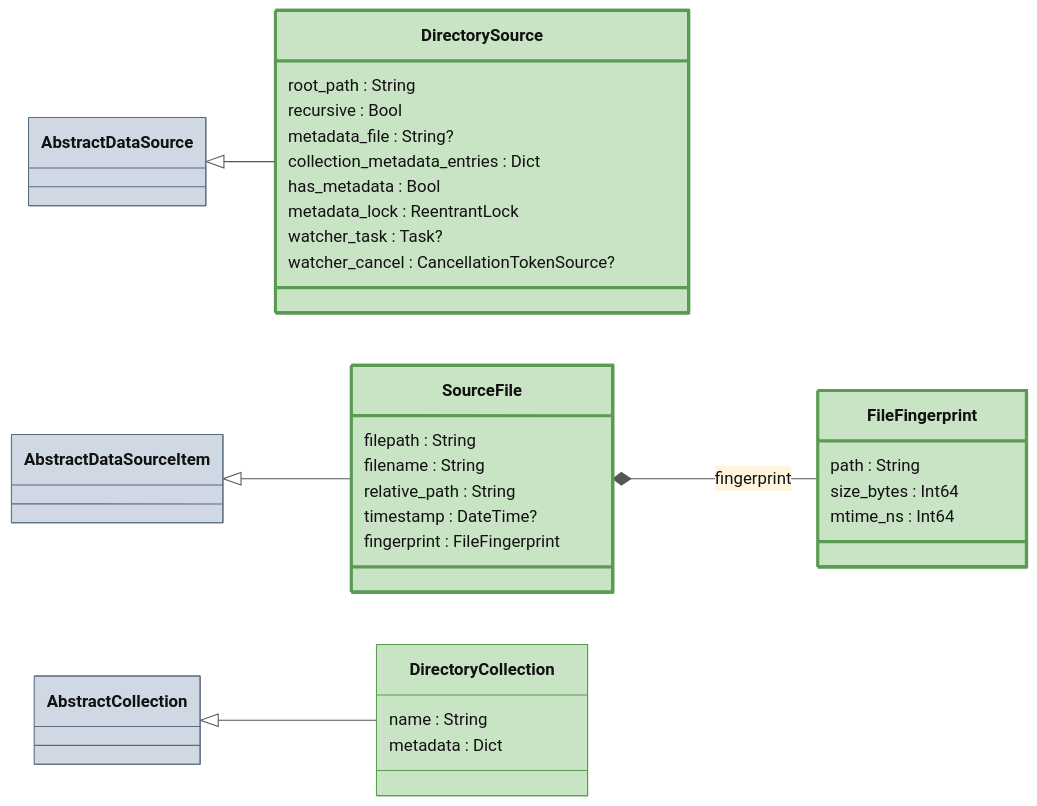
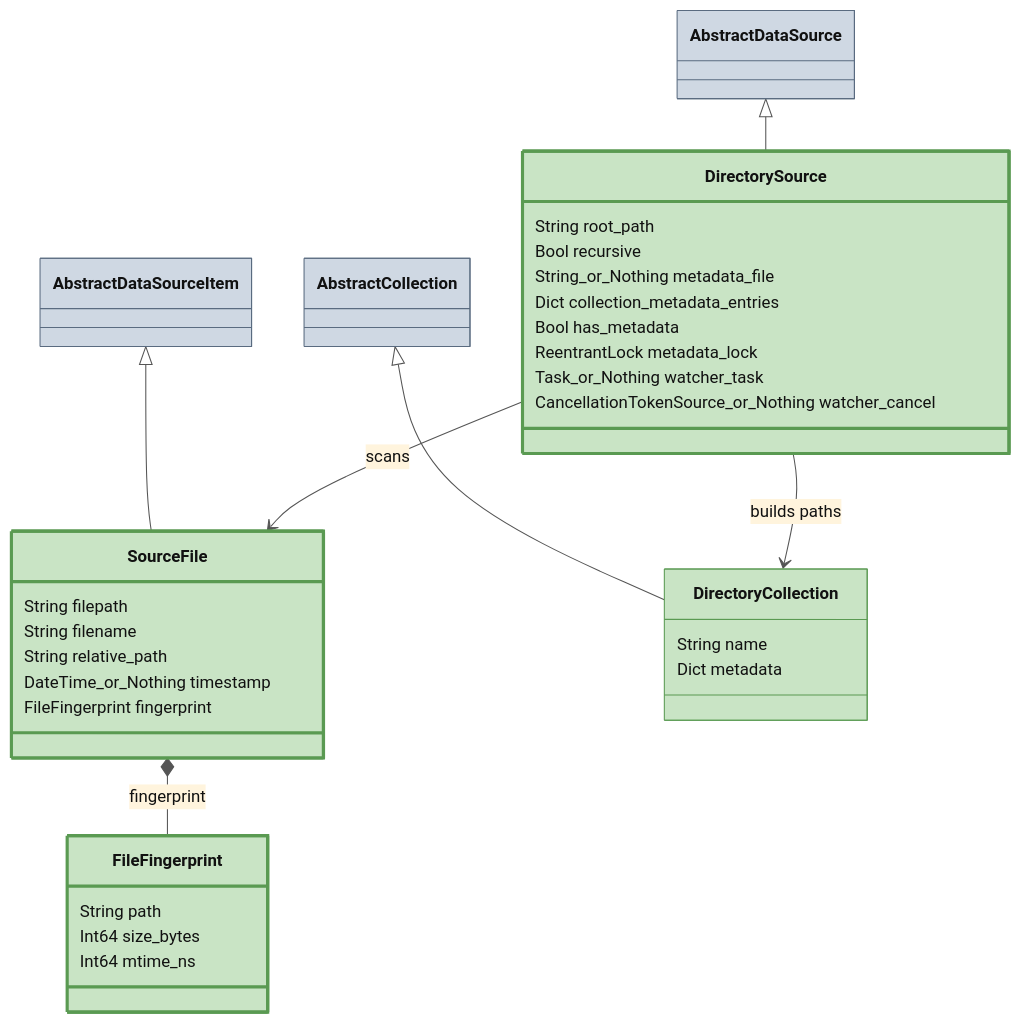
Before and after one commit to digiefel/MeasurementBrowser: the second of 3 diagrams in docs/ARCHITECTURE.md, drawn with Mermaid. The commit also changed other lines of this file, not shown here.

Commit message:
fix diagram for Documenter docs

````diff
--- a/docs/ARCHITECTURE.md
+++ b/docs/ARCHITECTURE.md
@@ -153,44 +153,50 @@
 ```mermaid
 %%{init: {'theme':'base','themeVariables':{'textColor':'#111','lineColor':'#555'}}}%%
 classDiagram
-    direction LR
-    class AbstractDataSource:::api
-    class AbstractDataSourceItem:::api
-    class AbstractCollection:::api
+    direction TB
+    class AbstractDataSource
+    class AbstractDataSourceItem
+    class AbstractCollection
 
-    class DirectorySource:::srcExp {
-        root_path : String
-        recursive : Bool
-        metadata_file : String?
-        collection_metadata_entries : Dict
-        has_metadata : Bool
-        metadata_lock : ReentrantLock
-        watcher_task : Task?
-        watcher_cancel : CancellationTokenSource?
+    class DirectorySource {
+        String root_path
+        Bool recursive
+        String_or_Nothing metadata_file
+        Dict collection_metadata_entries
+        Bool has_metadata
+        ReentrantLock metadata_lock
+        Task_or_Nothing watcher_task
+        CancellationTokenSource_or_Nothing watcher_cancel
     }
-    class SourceFile:::srcExp {
-        filepath : String
-        filename : String
-        relative_path : String
-        timestamp : DateTime?
-        fingerprint : FileFingerprint
+    class SourceFile {
+        String filepath
+        String filename
+        String relative_path
+        DateTime_or_Nothing timestamp
+        FileFingerprint fingerprint
     }
-    class FileFingerprint:::srcExp {
-        path : String
-        size_bytes : Int64
-        mtime_ns : Int64
+    class FileFingerprint {
+        String path
+        Int64 size_bytes
+        Int64 mtime_ns
     }
-    class DirectoryCollection:::srcInt {
-        name : String
-        metadata : Dict
+    class DirectoryCollection {
+        String name
+        Dict metadata
     }
 
     AbstractDataSource <|-- DirectorySource
     AbstractDataSourceItem <|-- SourceFile
     AbstractCollection <|-- DirectoryCollection
+    DirectorySource --> SourceFile : scans
+    DirectorySource --> DirectoryCollection : builds paths
     SourceFile *-- FileFingerprint : fingerprint
 
-    classDef api fill:#cfd8e3,stroke:#5a6b80,stroke-width:1px,color:#111;
-    classDef srcExp fill:#c9e4c5,stroke:#5a9a52,stroke-width:3px,color:#111;
-    classDef srcInt fill:#c9e4c5,stroke:#5a9a52,stroke-width:1px,color:#111;
+    style AbstractDataSource fill:#cfd8e3,stroke:#5a6b80,stroke-width:1px,color:#111
+    style AbstractDataSourceItem fill:#cfd8e3,stroke:#5a6b80,stroke-width:1px,color:#111
+    style AbstractCollection fill:#cfd8e3,stroke:#5a6b80,stroke-width:1px,color:#111
+    style DirectorySource fill:#c9e4c5,stroke:#5a9a52,stroke-width:3px,color:#111
+    style SourceFile fill:#c9e4c5,stroke:#5a9a52,stroke-width:3px,color:#111
+    style FileFingerprint fill:#c9e4c5,stroke:#5a9a52,stroke-width:3px,color:#111
+    style DirectoryCollection fill:#c9e4c5,stroke:#5a9a52,stroke-width:1px,color:#111
 ```
````
